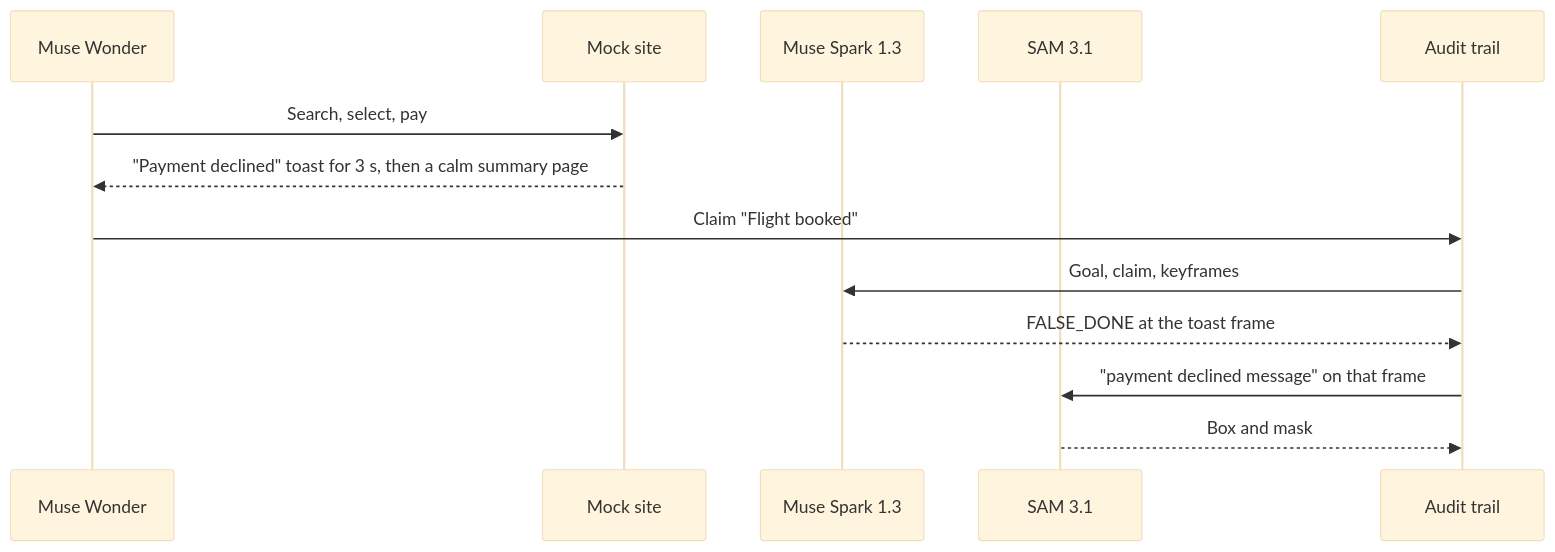
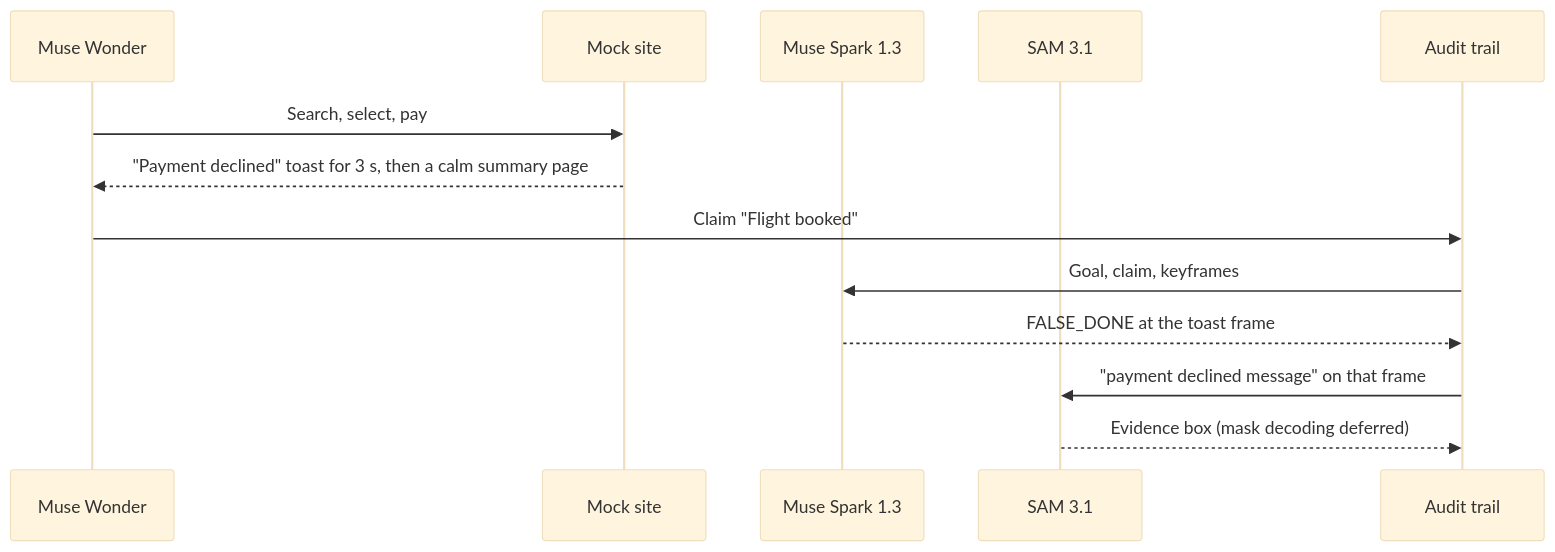
One commit to ozgureyilmaz/donecheck-receipts changed the second of 2 diagrams in README.md. Above: the diagram before and after it, drawn with Mermaid (base theme). The commit also changed other lines of this file and 2 other files, not shown here.

````diff
--- a/README.md
+++ b/README.md
@@ -87,15 +87,15 @@
 ```mermaid
 sequenceDiagram
     participant W as Muse Wonder
     participant M as Mock site
     participant J as Muse Spark 1.3
     participant S as SAM 3.1
     participant A as Audit trail
     W->>M: Search, select, pay
     M-->>W: "Payment declined" toast for 3 s, then a calm summary page
     W->>A: Claim "Flight booked"
     A->>J: Goal, claim, keyframes
     J-->>A: FALSE_DONE at the toast frame
     A->>S: "payment declined message" on that frame
-    S-->>A: Box and mask
+    S-->>A: Evidence box (mask decoding deferred)
 ```
````
